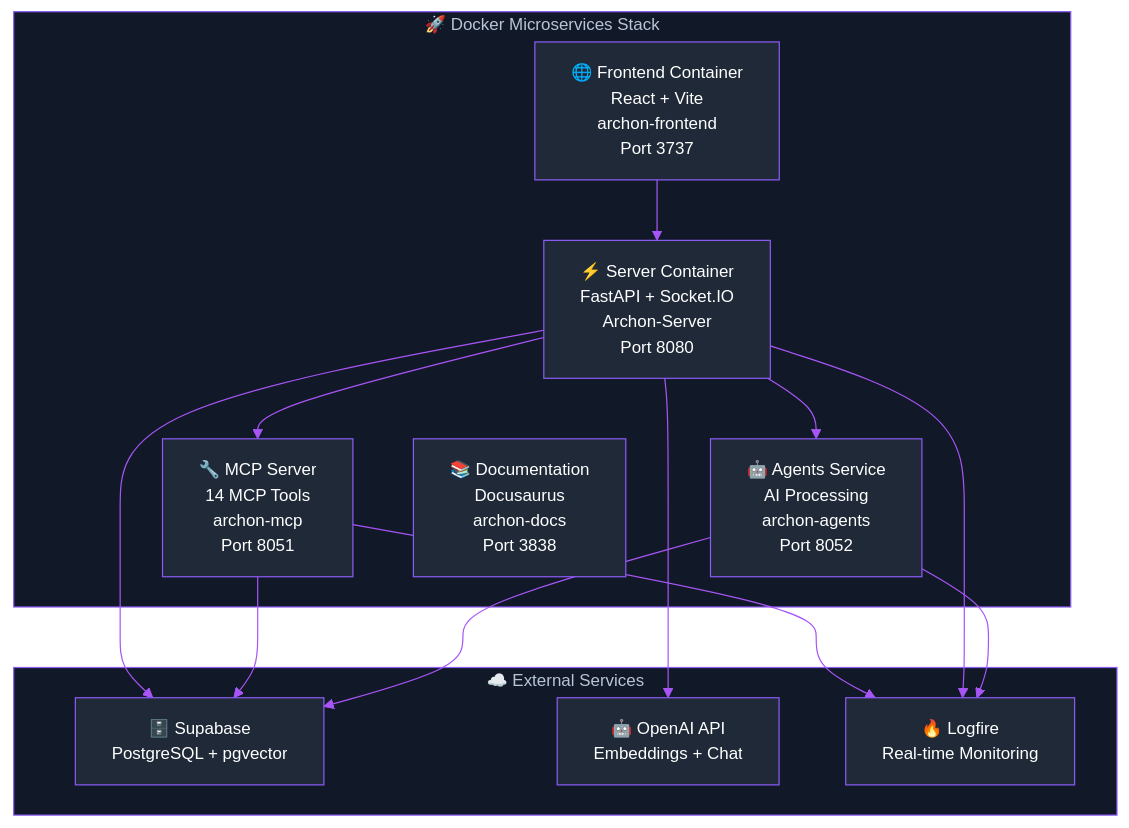
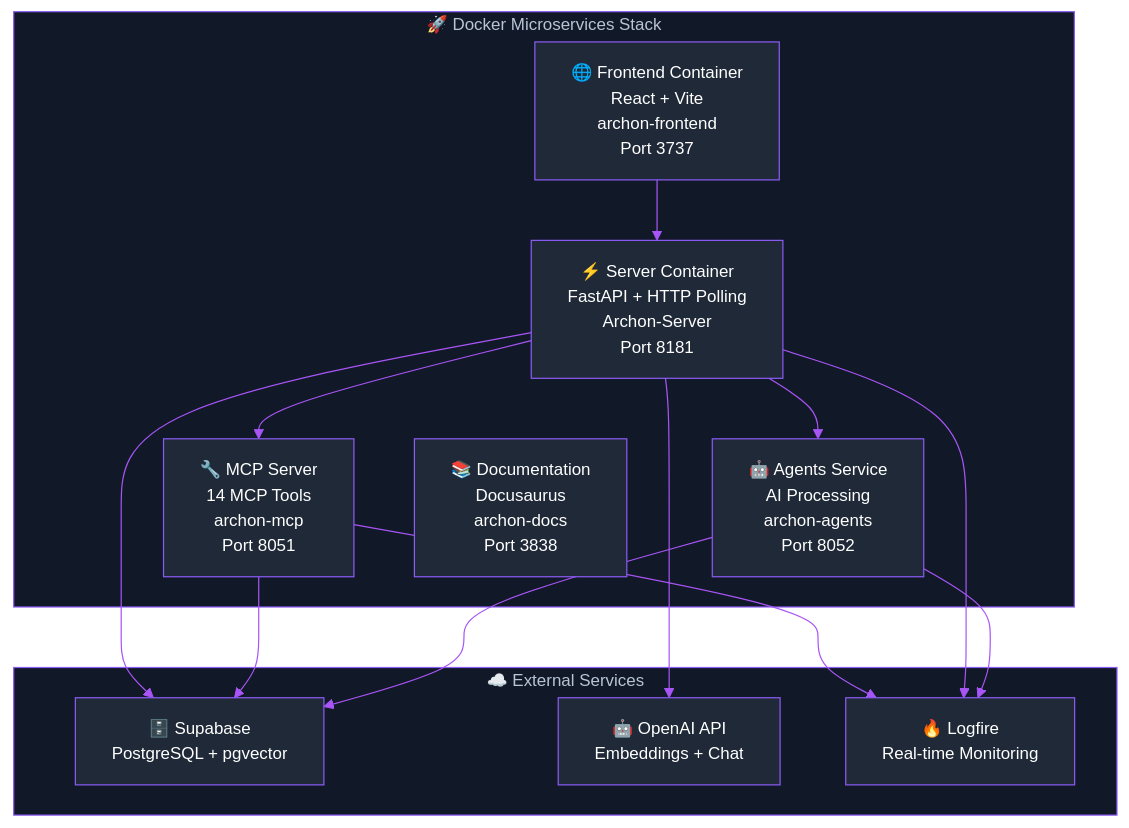
The diagram in docs/docs/getting-started.mdx (blueray32/Archon), drawn with Mermaid before and after one commit. The commit also changed other lines of this file and 181 other files, not shown here.

````diff
--- a/docs/docs/getting-started.mdx
+++ b/docs/docs/getting-started.mdx
@@ -182,45 +182,45 @@
 ```mermaid
 %%{init:{
   'theme':'base',
   'themeVariables': {
     'primaryColor':'#1f2937',
     'primaryTextColor':'#ffffff',
     'primaryBorderColor':'#8b5cf6',
     'lineColor':'#a855f7',
     'textColor':'#ffffff',
     'fontFamily':'Inter',
     'fontSize':'14px',
     'background':'#000000',
     'mainBkg':'#1f2937',
     'secondBkg':'#111827',
     'borderColor':'#8b5cf6',
     'clusterBkg':'#111827',
     'clusterBorder':'#8b5cf6'
   }
 }}%%
 graph TB
     subgraph "🚀 Docker Microservices Stack"
         Frontend["🌐 Frontend Container<br/>React + Vite<br/>archon-frontend<br/>Port 3737"]
-        API["⚡ Server Container<br/>FastAPI + Socket.IO<br/>Archon-Server<br/>Port 8080"]
+        API["⚡ Server Container<br/>FastAPI + HTTP Polling<br/>Archon-Server<br/>Port 8181"]
         MCP["🔧 MCP Server<br/>14 MCP Tools<br/>archon-mcp<br/>Port 8051"]
         Agents["🤖 Agents Service<br/>AI Processing<br/>archon-agents<br/>Port 8052"]
         Docs["📚 Documentation<br/>Docusaurus<br/>archon-docs<br/>Port 3838"]
     end
 
     subgraph "☁️ External Services"
         Supabase["🗄️ Supabase<br/>PostgreSQL + pgvector"]
         OpenAI["🤖 OpenAI API<br/>Embeddings + Chat"]
         Logfire["🔥 Logfire<br/>Real-time Monitoring"]
     end
 
     Frontend --> API
     API --> MCP
     API --> Agents
     API --> Supabase
     API --> OpenAI
     MCP --> Logfire
     API --> Logfire
     Agents --> Logfire
     MCP --> Supabase
     Agents --> Supabase
 ```
````
